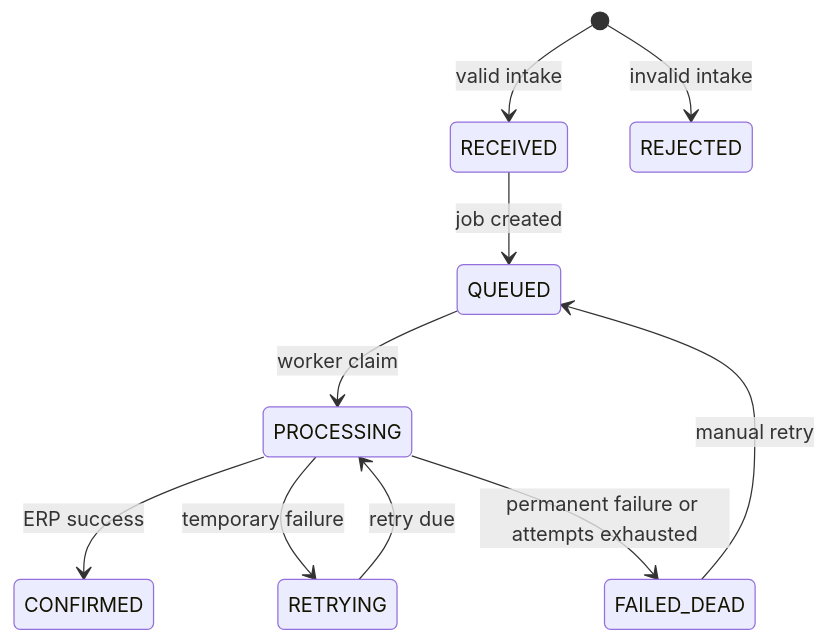
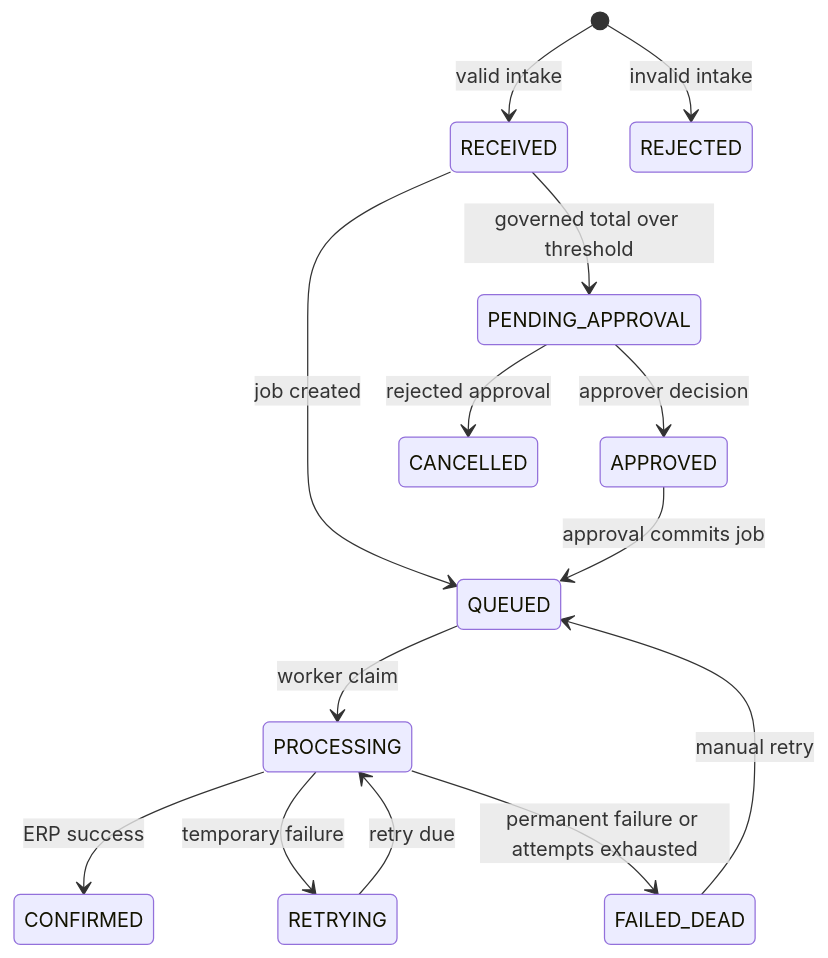
One commit to mediads786/order-gateway changed the second of 2 diagrams in README.md. Above: the diagram before and after it, drawn with Mermaid. The commit also changed other lines of this file and 24 other files, not shown here.

````diff
--- a/README.md
+++ b/README.md
@@ -57,12 +57,16 @@
 ```mermaid
 stateDiagram-v2
   [*] --> RECEIVED: valid intake
   [*] --> REJECTED: invalid intake
   RECEIVED --> QUEUED: job created
+  RECEIVED --> PENDING_APPROVAL: governed total over threshold
+  PENDING_APPROVAL --> APPROVED: approver decision
+  APPROVED --> QUEUED: approval commits job
+  PENDING_APPROVAL --> CANCELLED: rejected approval
   QUEUED --> PROCESSING: worker claim
   PROCESSING --> CONFIRMED: ERP success
   PROCESSING --> RETRYING: temporary failure
   RETRYING --> PROCESSING: retry due
   PROCESSING --> FAILED_DEAD: permanent failure or attempts exhausted
   FAILED_DEAD --> QUEUED: manual retry
 ```
````
